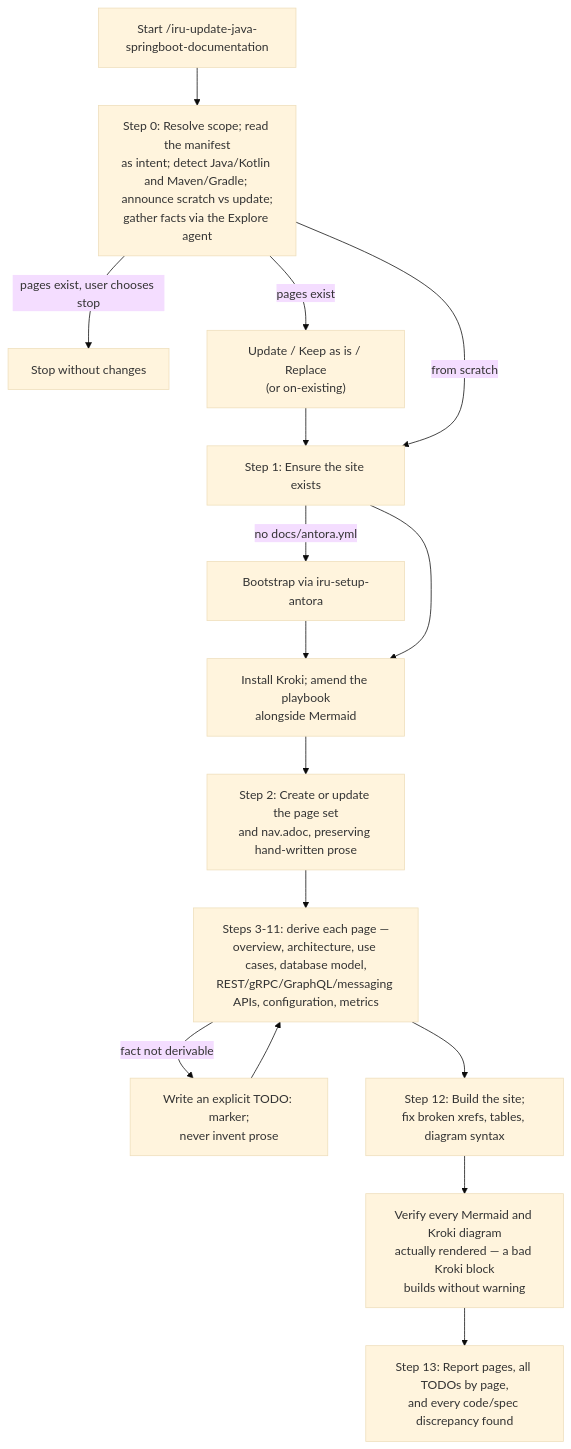
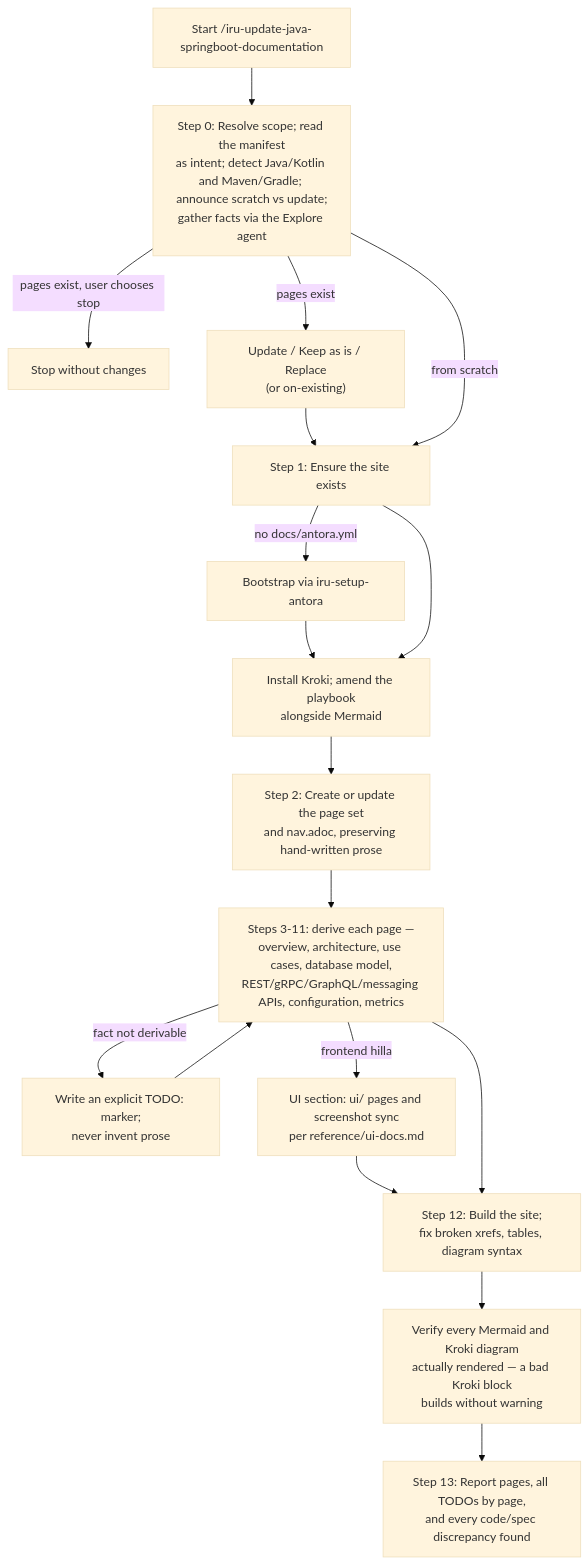
The diagram in docs/modules/ROOT/pages/skills/iru-update-java-springboot-documentation.adoc (albertoirurueta/ai-catalog), drawn with Mermaid (base theme) before and after one commit. The commit also changed other lines of this file and 325 other files, not shown here.

```diff
--- a/docs/modules/ROOT/pages/skills/iru-update-java-springboot-documentation.adoc
+++ b/docs/modules/ROOT/pages/skills/iru-update-java-springboot-documentation.adoc
@@ -160,19 +170,21 @@
 [mermaid]
 ....
 flowchart TD
     A["Start /iru-update-java-springboot-documentation"] --> B["Step 0: Resolve scope; read the manifest\nas intent; detect Java/Kotlin and Maven/Gradle; announce scratch vs update;\ngather facts via the Explore agent"]
     B -- pages exist, user chooses stop --> STOP[Stop without changes]
     B -- pages exist --> B2["Update / Keep as is / Replace\n(or on-existing)"]
     B2 --> C
     B -- from scratch --> C["Step 1: Ensure the site exists"]
     C -- no docs/antora.yml --> D["Bootstrap via iru-setup-antora"]
     D --> E
     C --> E["Install Kroki; amend the playbook\nalongside Mermaid"]
     E --> F["Step 2: Create or update the page set\nand nav.adoc, preserving hand-written prose"]
     F --> G["Steps 3-11: derive each page —\noverview, architecture, use cases, database model,\nREST/gRPC/GraphQL/messaging APIs, configuration, metrics"]
     G -- fact not derivable --> H["Write an explicit TODO: marker;\nnever invent prose"]
     H --> G
+    G -- frontend hilla --> G2["UI section: ui/ pages and screenshot sync\nper reference/ui-docs.md"]
+    G2 --> I
     G --> I["Step 12: Build the site;\nfix broken xrefs, tables, diagram syntax"]
     I --> J["Verify every Mermaid and Kroki diagram\nactually rendered — a bad Kroki block\nbuilds without warning"]
     J --> K["Step 13: Report pages, all TODOs by page,\nand every code/spec discrepancy found"]
 ....
```
